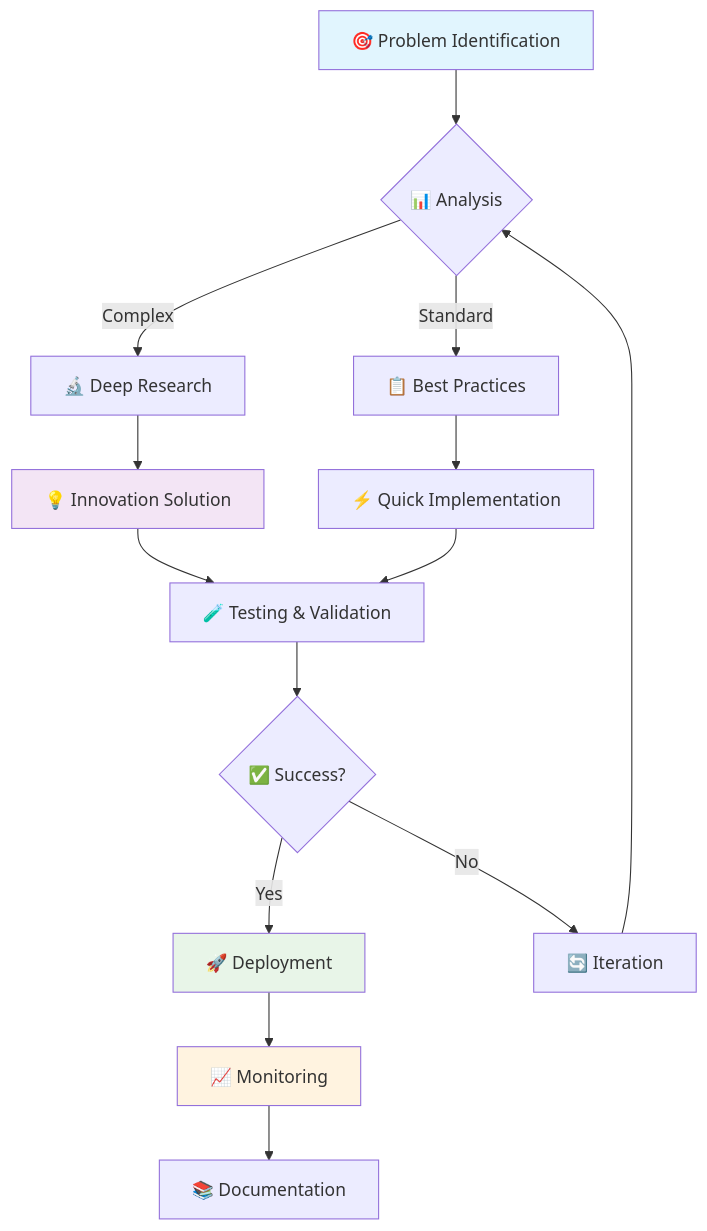
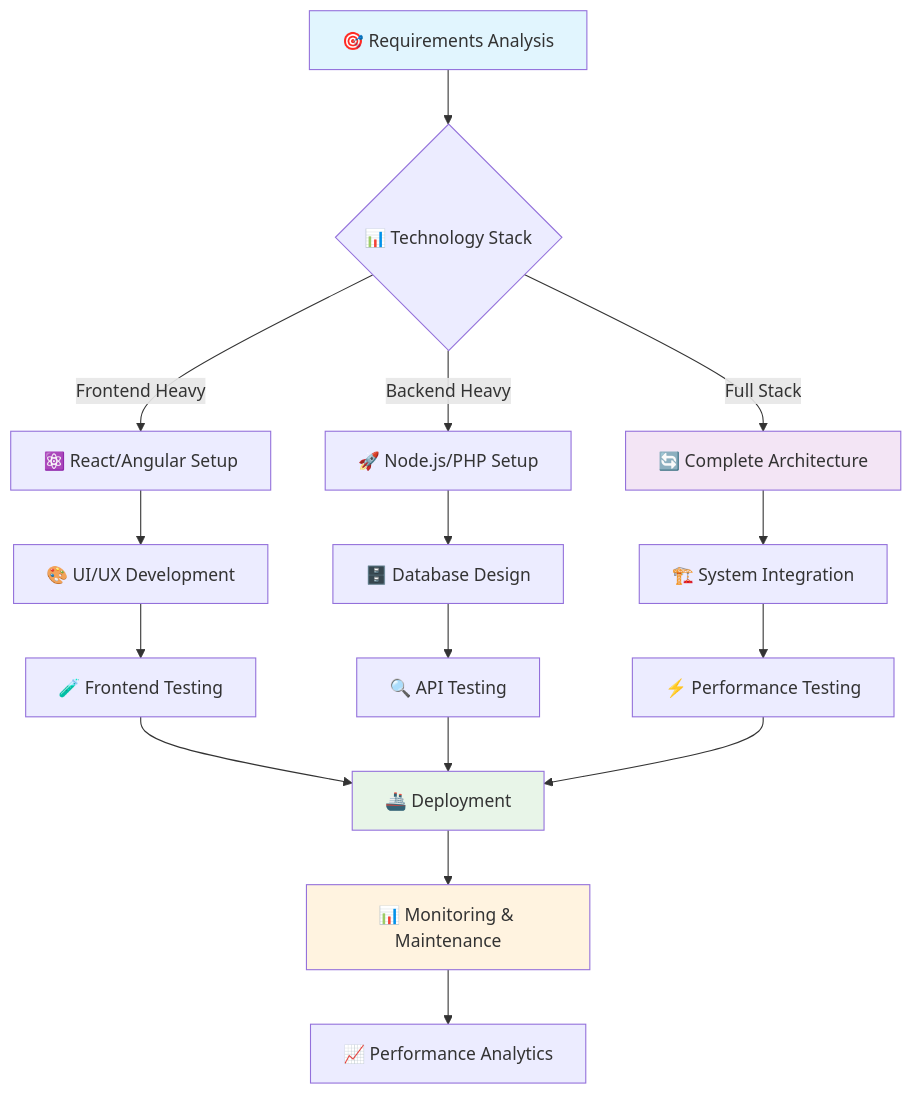
Diagram 11 of 15 in README.md (nfcdjobo/nfcdjobo), drawn with Mermaid before and after one commit. The commit also changed other lines of this file, not shown here.

````diff
--- a/README.md
+++ b/README.md
@@ -393,21 +515,27 @@
 ```mermaid
 flowchart TD
-    A[🎯 Problem Identification] --> B{📊 Analysis}
-    B -->|Complex| C[🔬 Deep Research]
-    B -->|Standard| D[📋 Best Practices]
-    C --> E[💡 Innovation Solution]
-    D --> F[⚡ Quick Implementation]
-    E --> G[🧪 Testing & Validation]
-    F --> G
-    G --> H{✅ Success?}
-    H -->|Yes| I[🚀 Deployment]
-    H -->|No| J[🔄 Iteration]
-    J --> B
-    I --> K[📈 Monitoring]
-    K --> L[📚 Documentation]
+    A[🎯 Requirements Analysis] --> B{📊 Technology Stack}
+    B -->|Frontend Heavy| C[⚛️ React/Angular Setup]
+    B -->|Backend Heavy| D[🚀 Node.js/PHP Setup]
+    B -->|Full Stack| E[🔄 Complete Architecture]
+    
+    C --> F[🎨 UI/UX Development]
+    D --> G[🗄️ Database Design]
+    E --> H[🏗️ System Integration]
+    
+    F --> I[🧪 Frontend Testing]
+    G --> J[🔍 API Testing]
+    H --> K[⚡ Performance Testing]
+    
+    I --> L[🚢 Deployment]
+    J --> L
+    K --> L
+    
+    L --> M[📊 Monitoring & Maintenance]
+    M --> N[📈 Performance Analytics]
     
     style A fill:#e1f5fe
     style E fill:#f3e5f5
-    style I fill:#e8f5e8
-    style K fill:#fff3e0
+    style L fill:#e8f5e8
+    style M fill:#fff3e0
 ```
````
